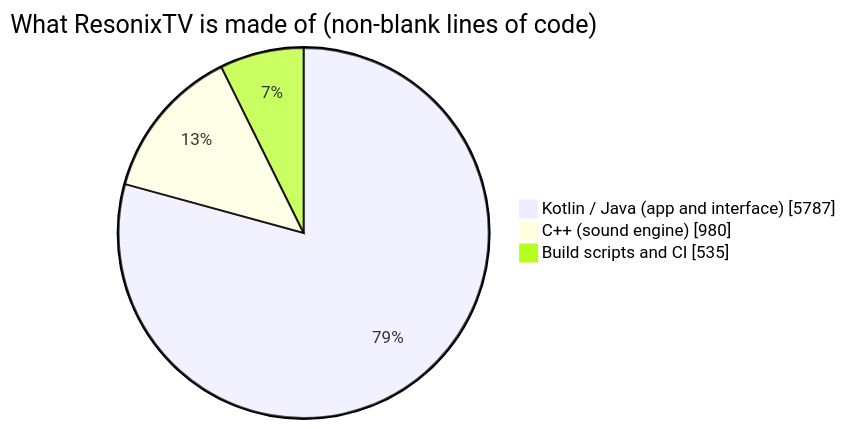
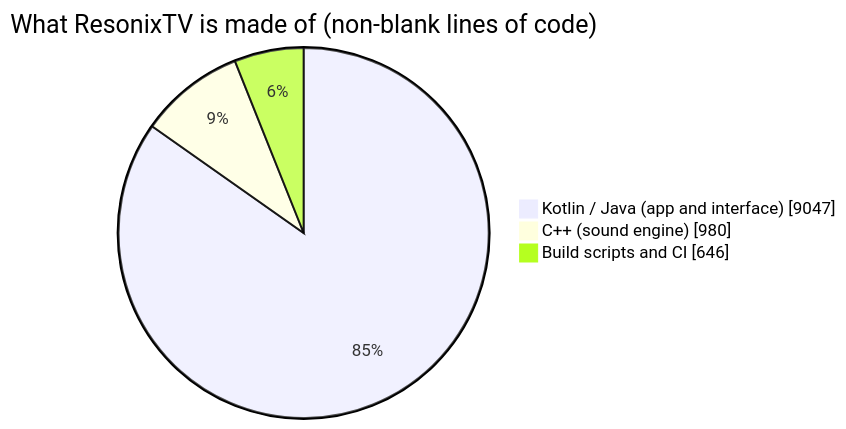
One commit to aravindrejidev/Resonix-TV changed the second of 2 diagrams in README.md. Above: the diagram before and after it, drawn with Mermaid. The commit also changed other lines of this file, not shown here.

````diff
--- a/README.md
+++ b/README.md
@@ -375,6 +475,6 @@
 ```mermaid
 pie showData title What ResonixTV is made of (non-blank lines of code)
-    "Kotlin / Java (app and interface)" : 5787
+    "Kotlin / Java (app and interface)" : 9047
     "C++ (sound engine)" : 980
-    "Build scripts and CI" : 535
+    "Build scripts and CI" : 646
 ```
````
